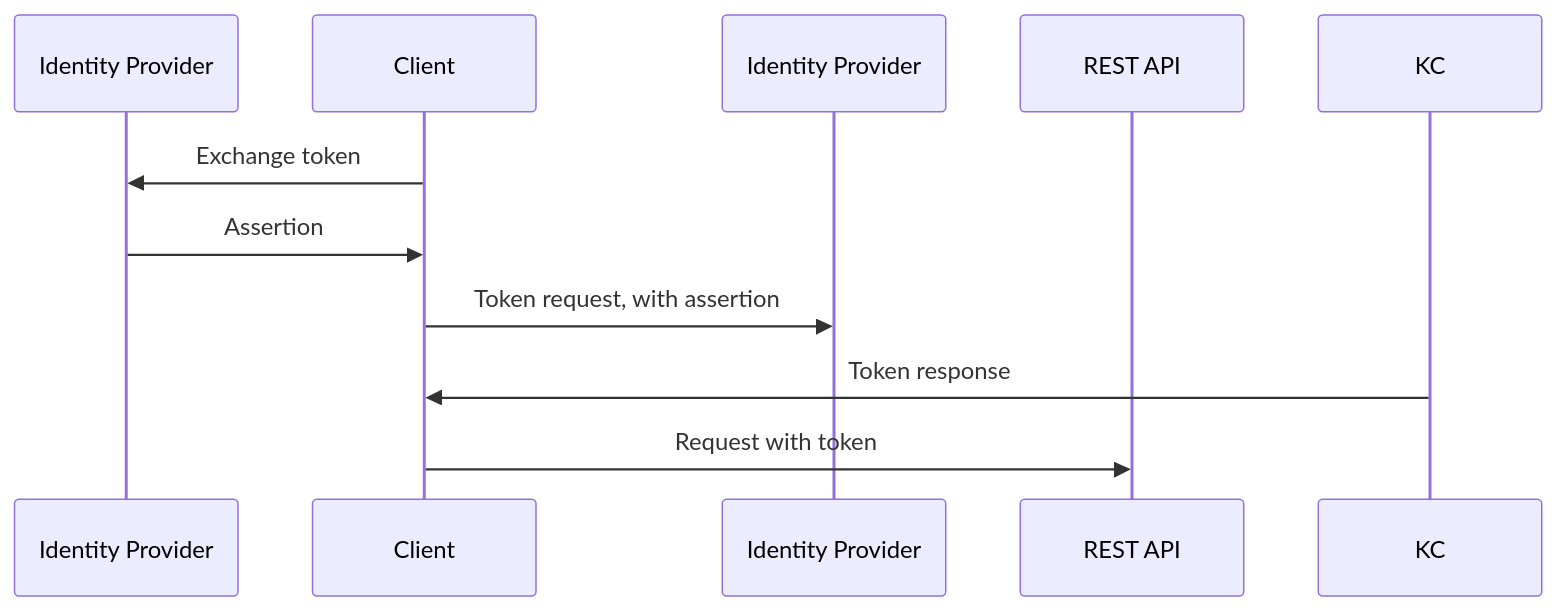
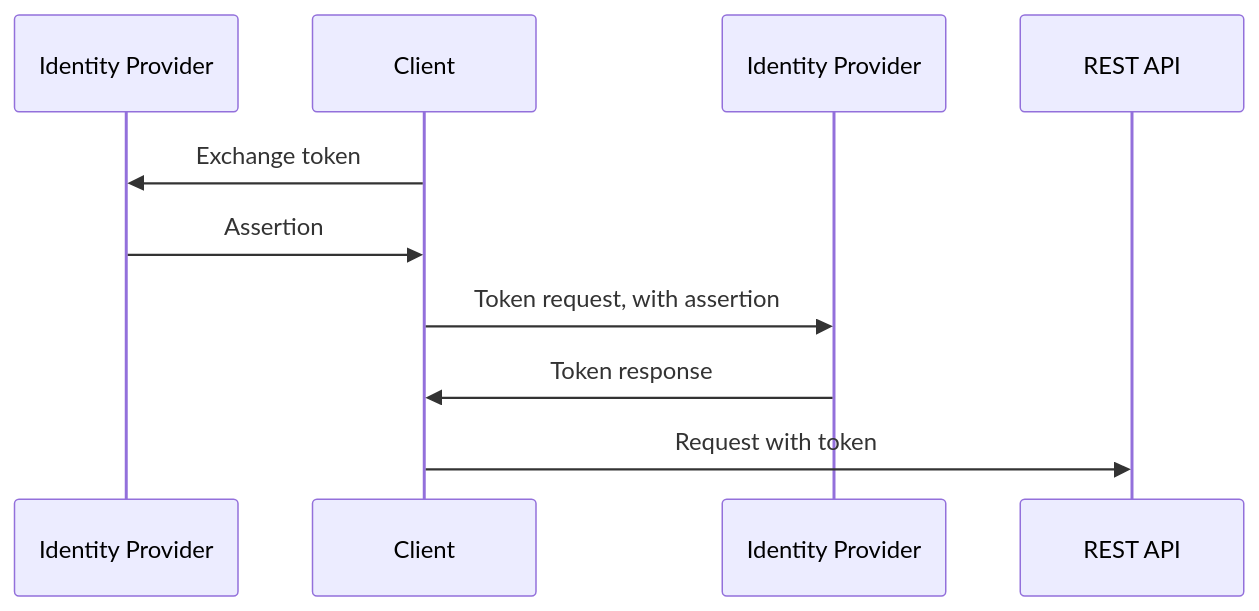
Before and after one commit to stianst/playground: the second of 2 diagrams in seq/assertions.md, drawn with Mermaid.

Commit message:
Fix token response sender in sequence diagram

````diff
--- a/seq/assertions.md
+++ b/seq/assertions.md
@@ -17,12 +17,12 @@
 ```mermaid
 sequenceDiagram
     participant IDPA as Identity Provider #A
     participant C as Client
     participant IDPB as Identity Provider #B
     participant RS as REST API
     C->>IDPA: Exchange token
     IDPA->>C: Assertion
     C->>IDPB: Token request, with assertion
-    KC->>C: Token response
+    IDPB->>C: Token response
     C->>RS: Request with token
 ```
````
